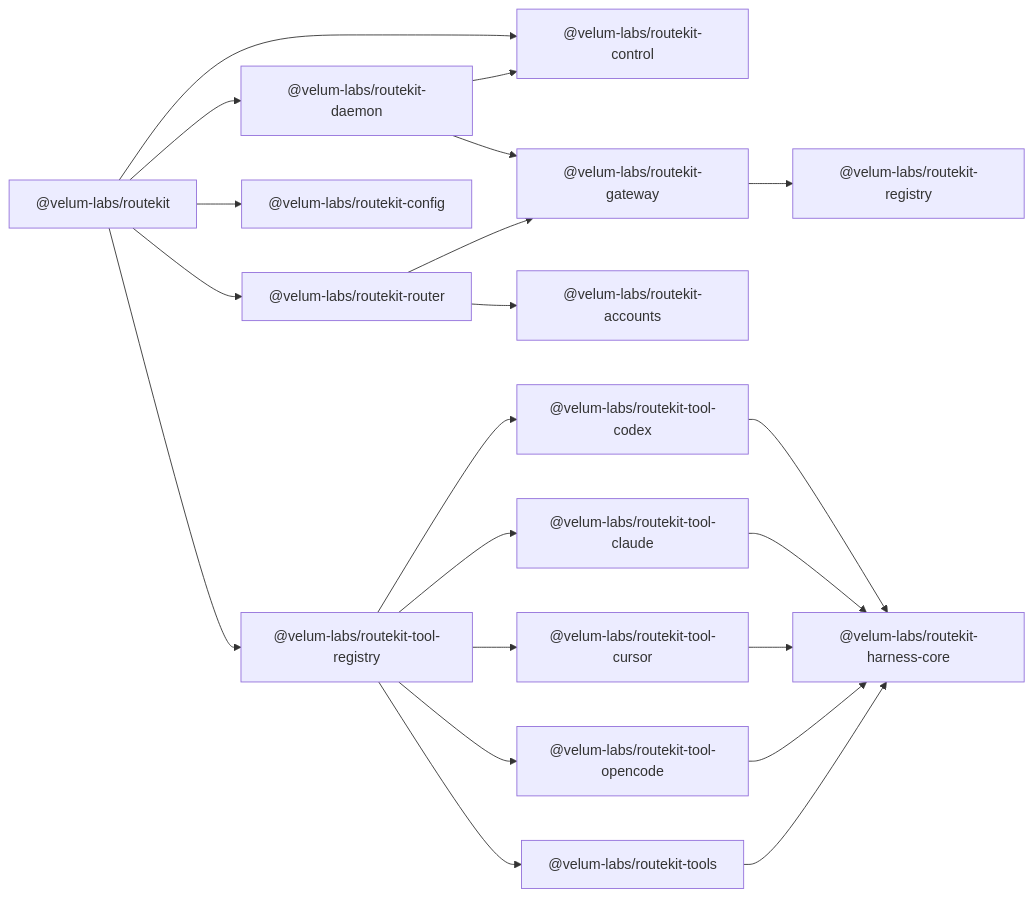
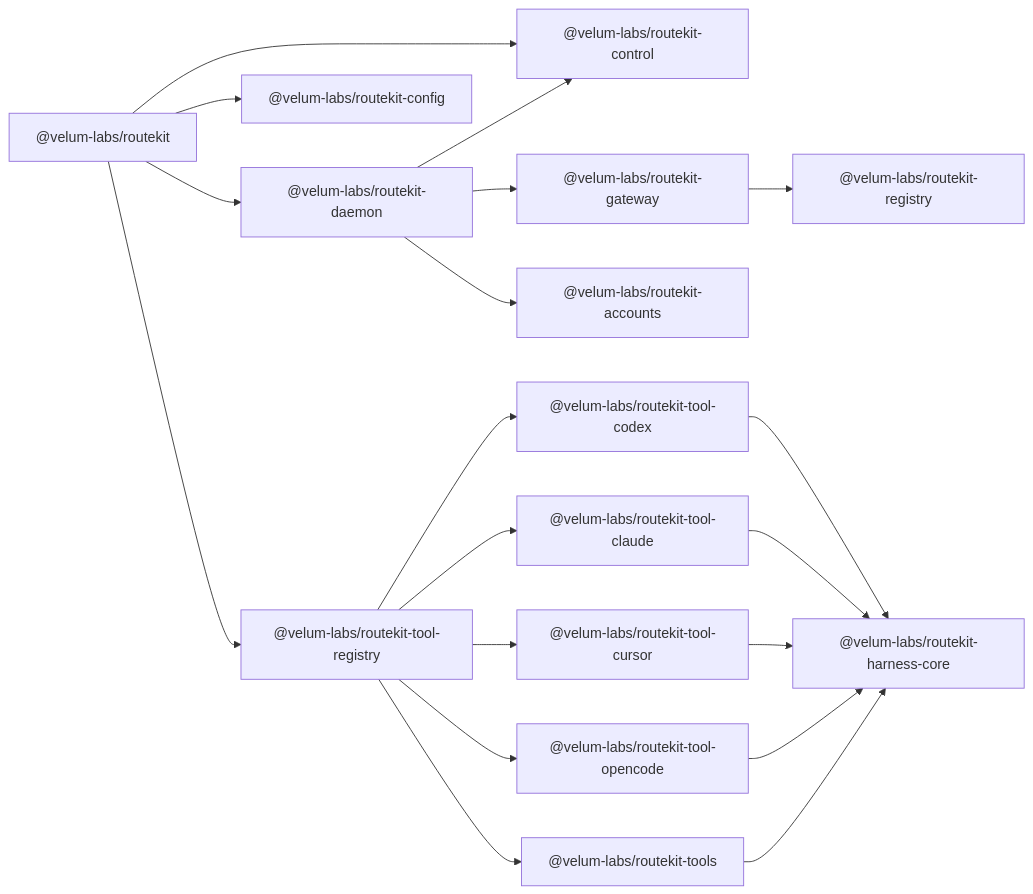
Before and after one commit to velum-labs/routekit: the diagram in docs/typescript-reference.md, drawn with Mermaid. The commit also changed other lines of this file and 50 other files, not shown here.

Commit message:
refactor(daemon): own gateway generations and remove router package

````diff
--- a/docs/typescript-reference.md
+++ b/docs/typescript-reference.md
@@ -16,23 +16,21 @@
 ```mermaid
 flowchart LR
   CLI["@velum-labs/routekit"] --> Daemon["@velum-labs/routekit-daemon"]
   CLI --> Control["@velum-labs/routekit-control"]
-  CLI --> Router["@velum-labs/routekit-router"]
   CLI --> Config["@velum-labs/routekit-config"]
   CLI --> ToolRegistry["@velum-labs/routekit-tool-registry"]
   Daemon --> Gateway["@velum-labs/routekit-gateway"]
+  Daemon --> Accounts["@velum-labs/routekit-accounts"]
   Daemon --> Control
-  Router --> Gateway
-  Router --> Accounts["@velum-labs/routekit-accounts"]
   Gateway --> Registry["@velum-labs/routekit-registry"]
   ToolRegistry --> Tools["@velum-labs/routekit-tools"]
   ToolRegistry --> Codex["@velum-labs/routekit-tool-codex"]
   ToolRegistry --> Claude["@velum-labs/routekit-tool-claude"]
   ToolRegistry --> Cursor["@velum-labs/routekit-tool-cursor"]
   ToolRegistry --> Opencode["@velum-labs/routekit-tool-opencode"]
   Codex --> HarnessCore["@velum-labs/routekit-harness-core"]
   Claude --> HarnessCore
   Cursor --> HarnessCore
   Opencode --> HarnessCore
   Tools --> HarnessCore
 ```
````
